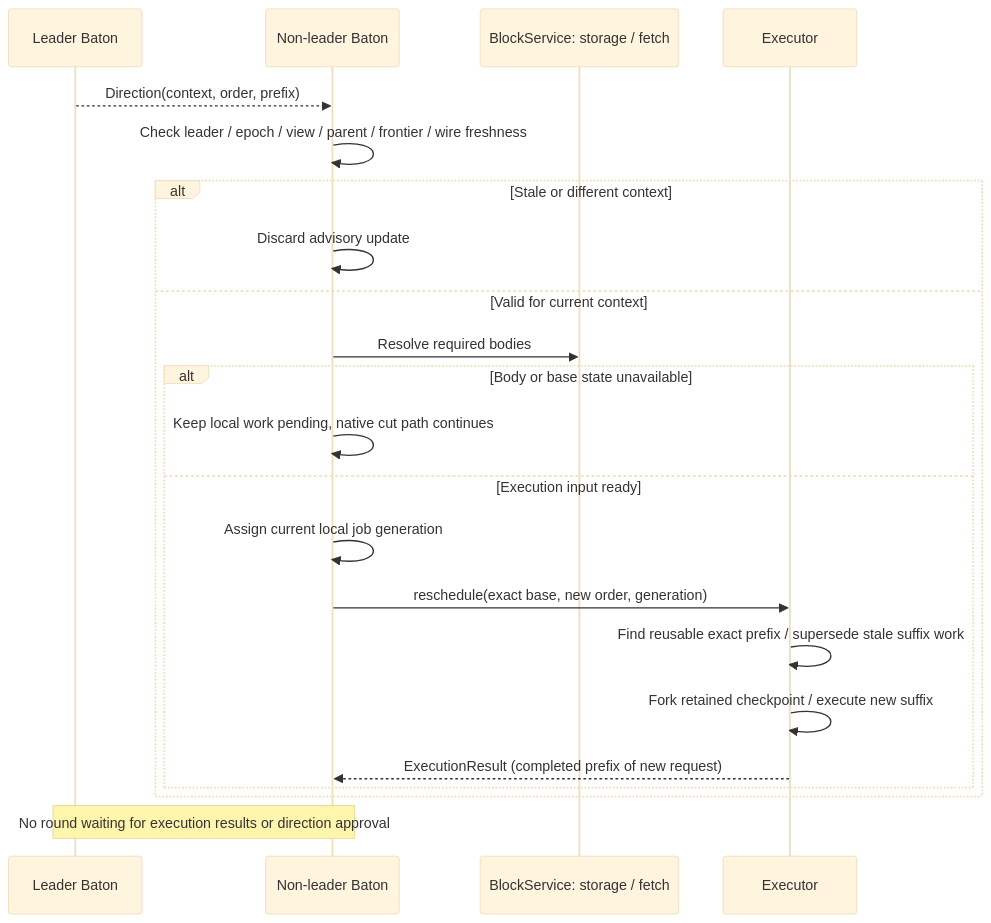
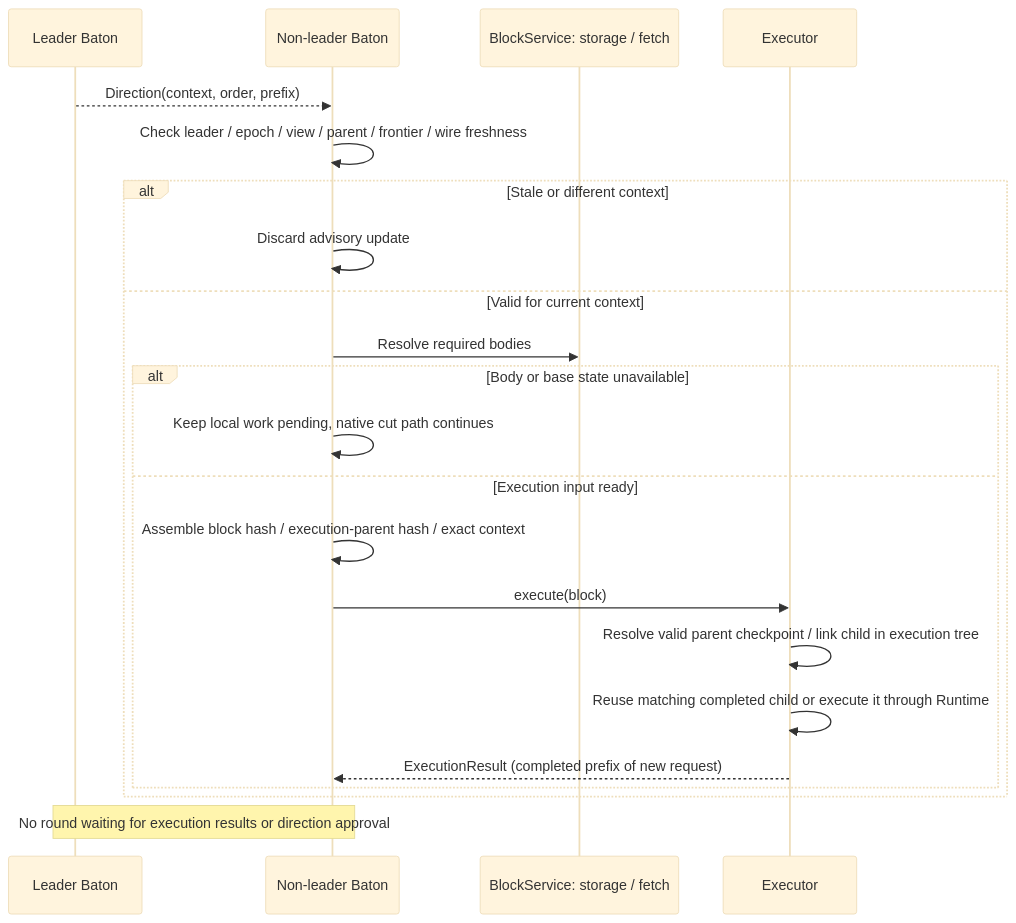
One commit to djm07073/baton-research changed the diagram in docs/e2e/reschedule.md. Above: the diagram before and after it, drawn with Mermaid (base theme). The commit also changed other lines of this file and 61 other files, not shown here.

Commit message:
Merge planning and parent-linked execution tree into Executor

````diff
--- a/docs/e2e/reschedule.md
+++ b/docs/e2e/reschedule.md
@@ -7,24 +9,24 @@
 ```mermaid
 sequenceDiagram
     participant L as Leader Baton
     participant B as Non-leader Baton
     participant S as BlockService: storage / fetch
     participant E as Executor
     L-->>B: Direction(context, order, prefix)
     B->>B: Check leader / epoch / view / parent / frontier / wire freshness
     alt Stale or different context
         B->>B: Discard advisory update
     else Valid for current context
         B->>S: Resolve required bodies
         alt Body or base state unavailable
             B->>B: Keep local work pending, native cut path continues
         else Execution input ready
-            B->>B: Assign current local job generation
-            B->>E: reschedule(exact base, new order, generation)
-            E->>E: Find reusable exact prefix / supersede stale suffix work
-            E->>E: Fork retained checkpoint / execute new suffix
+            B->>B: Assemble block hash / execution-parent hash / exact context
+            B->>E: execute(block)
+            E->>E: Resolve valid parent checkpoint / link child in execution tree
+            E->>E: Reuse matching completed child or execute it through Runtime
             E-->>B: ExecutionResult (completed prefix of new request)
         end
     end
     Note over L,B: No round waiting for execution results or direction approval
 ```
````
